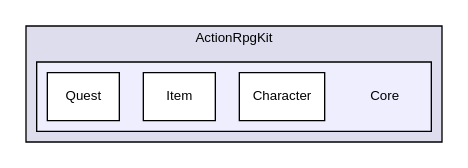
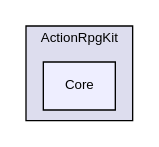
One commit to PaulSchweizer/ActionRpgKit changed the diagram in dir_08cc5c503820d31914a2f2729a36eee6_dep.dot. Above: the diagram before and after it, drawn with Graphviz. The commit also changed 848 other files, not shown here.

```diff
--- a/dir_08cc5c503820d31914a2f2729a36eee6_dep.dot
+++ b/dir_08cc5c503820d31914a2f2729a36eee6_dep.dot
@@ -1,15 +1,9 @@
 digraph "Core" {
   compound=true
   node [ fontsize="10", fontname="Helvetica"];
   edge [ labelfontsize="10", labelfontname="Helvetica"];
   subgraph clusterdir_9ecb837a21b60474ce98456d518a780a {
     graph [ bgcolor="#ddddee", pencolor="black", label="ActionRpgKit" fontname="Helvetica", fontsize="10", URL="dir_9ecb837a21b60474ce98456d518a780a.xhtml"]
-  subgraph clusterdir_08cc5c503820d31914a2f2729a36eee6 {
-    graph [ bgcolor="#eeeeff", pencolor="black", label="" URL="dir_08cc5c503820d31914a2f2729a36eee6.xhtml"];
-    dir_08cc5c503820d31914a2f2729a36eee6 [shape=plaintext label="Core"];
-    dir_51aa3327c24c42ac0a4d2f2ce0d4381c [shape=box label="Character" color="black" fillcolor="white" style="filled" URL="dir_51aa3327c24c42ac0a4d2f2ce0d4381c.xhtml"];
-    dir_8207dc692c6f22639351b525b75cafa5 [shape=box label="Item" color="black" fillcolor="white" style="filled" URL="dir_8207dc692c6f22639351b525b75cafa5.xhtml"];
-    dir_4739576f810d48e6e0c06f46288922b6 [shape=box label="Quest" color="black" fillcolor="white" style="filled" URL="dir_4739576f810d48e6e0c06f46288922b6.xhtml"];
-  }
+  dir_08cc5c503820d31914a2f2729a36eee6 [shape=box, label="Core", style="filled", fillcolor="#eeeeff", pencolor="black", URL="dir_08cc5c503820d31914a2f2729a36eee6.xhtml"];
   }
 }
```
